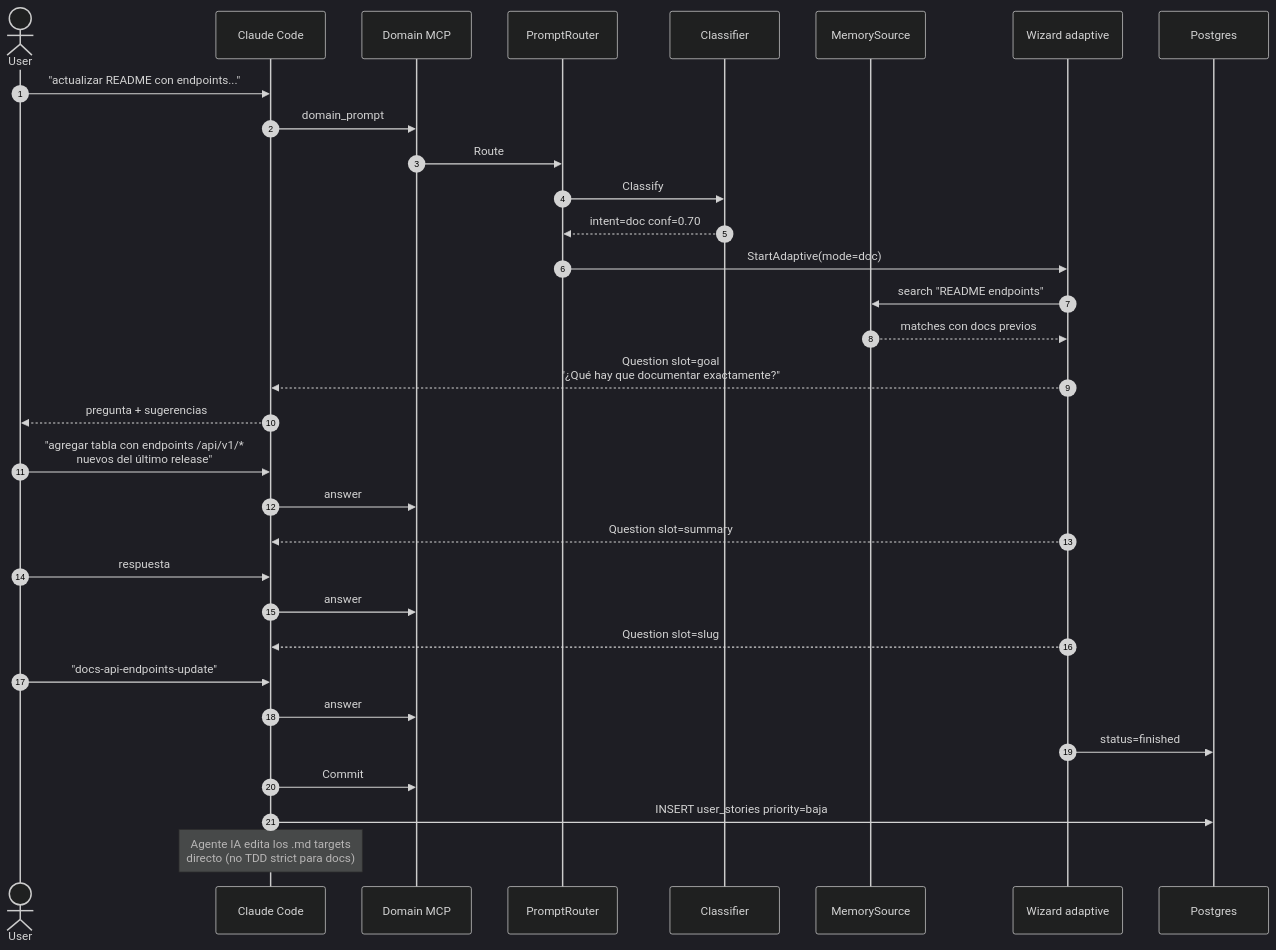
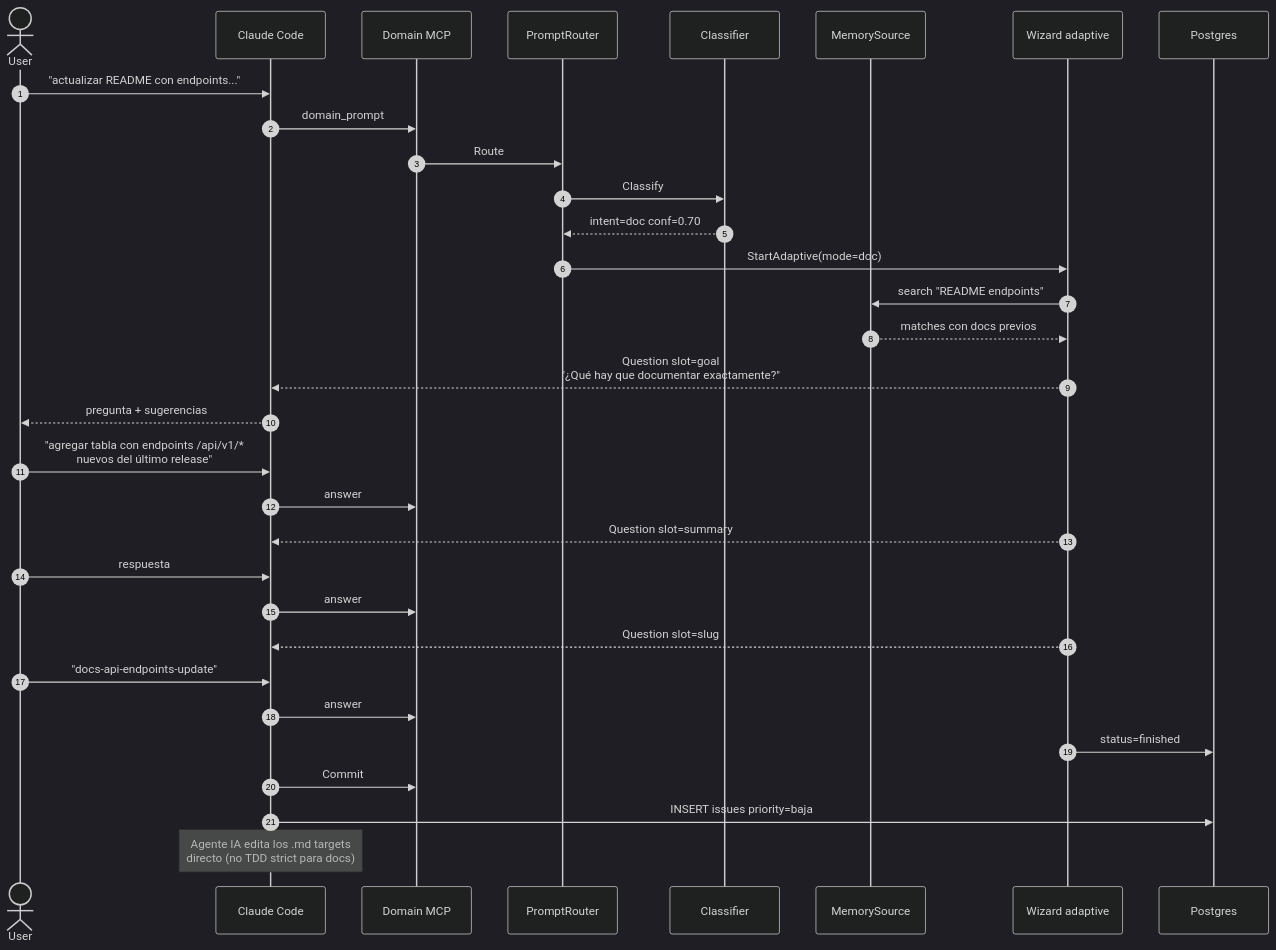
Before and after one commit to nunezlagos/domain: the diagram in docs/flows/07-doc.md, drawn with Mermaid (dark theme). The commit also changed other lines of this file and 2368 other files, not shown here.

````diff
--- a/docs/flows/07-doc.md
+++ b/docs/flows/07-doc.md
@@ -12,42 +12,42 @@
 ```mermaid
 sequenceDiagram
     autonumber
     actor U as User
     participant Cli as Claude Code
     participant MCP as Domain MCP
     participant Router as PromptRouter
     participant Class as Classifier
     participant Memory as MemorySource
     participant Wizard as Wizard adaptive
     participant BD as Postgres
 
     U->>Cli: "actualizar README con endpoints..."
     Cli->>MCP: domain_prompt
     MCP->>Router: Route
     Router->>Class: Classify
     Class-->>Router: intent=doc conf=0.70
 
     Router->>Wizard: StartAdaptive(mode=doc)
     Wizard->>Memory: search "README endpoints"
     Memory-->>Wizard: matches con docs previos
 
     Wizard-->>Cli: Question slot=goal<br/>"¿Qué hay que documentar exactamente?"
     Cli-->>U: pregunta + sugerencias
     U->>Cli: "agregar tabla con endpoints /api/v1/*<br/>nuevos del último release"
     Cli->>MCP: answer
 
     Wizard-->>Cli: Question slot=summary
     U->>Cli: respuesta
     Cli->>MCP: answer
 
     Wizard-->>Cli: Question slot=slug
     U->>Cli: "docs-api-endpoints-update"
     Cli->>MCP: answer
 
     Wizard->>BD: status=finished
 
     Cli->>MCP: Commit
-    Cli->>BD: INSERT user_stories priority=baja
+    Cli->>BD: INSERT issues priority=baja
 
     Note over Cli: Agente IA edita los .md targets<br/>directo (no TDD strict para docs)
 ```
````
